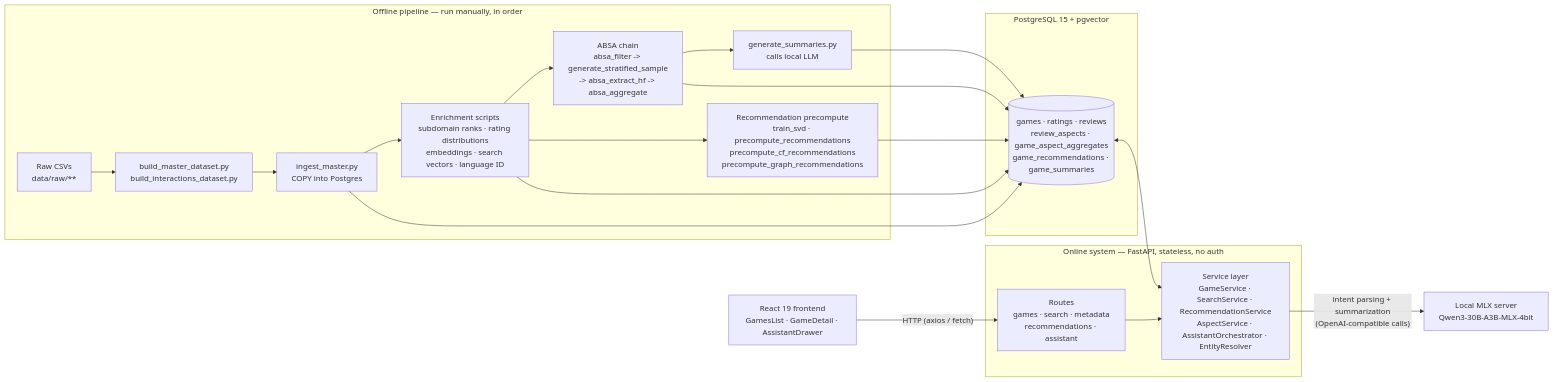
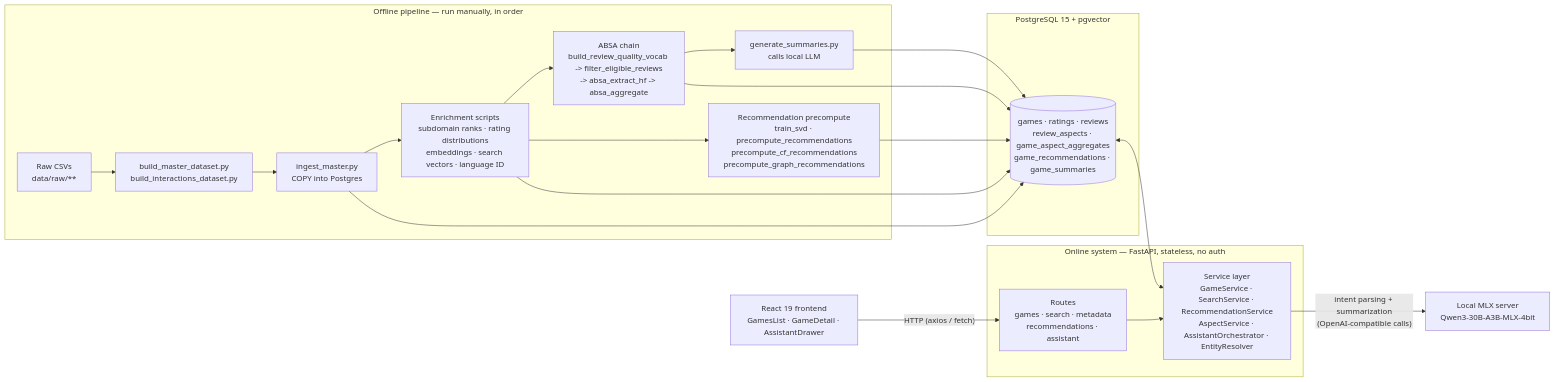
Before and after one commit to sina-negarandeh/ludora: the diagram in docs/architecture/README.md, drawn with Mermaid. The commit also changed 9 other files, not shown here.

First line of the commit message:
docs: update ABSA, catalog filter, and schema docs to match implementation

````diff
--- a/docs/architecture/README.md
+++ b/docs/architecture/README.md
@@ -9,32 +9,32 @@
 ```mermaid
 flowchart LR
     subgraph Offline["Offline pipeline — run manually, in order"]
         RAW["Raw CSVs\ndata/raw/**"] --> MERGE["build_master_dataset.py\nbuild_interactions_dataset.py"]
         MERGE --> INGEST["ingest_master.py\nCOPY into Postgres"]
         INGEST --> ENRICH["Enrichment scripts\nsubdomain ranks · rating distributions\nembeddings · search vectors · language ID"]
-        ENRICH --> ABSA["ABSA chain\nabsa_filter -> generate_stratified_sample\n-> absa_extract_hf -> absa_aggregate"]
+        ENRICH --> ABSA["ABSA chain\nbuild_review_quality_vocab -> filter_eligible_reviews\n-> absa_extract_hf -> absa_aggregate"]
         ENRICH --> RECS["Recommendation precompute\ntrain_svd · precompute_recommendations\nprecompute_cf_recommendations\nprecompute_graph_recommendations"]
         ABSA --> SUMM["generate_summaries.py\ncalls local LLM"]
     end
 
     subgraph DB["PostgreSQL 15 + pgvector"]
         TBLS[("games · ratings · reviews\nreview_aspects · game_aspect_aggregates\ngame_recommendations · game_summaries")]
     end
 
     INGEST --> TBLS
     ENRICH --> TBLS
     ABSA --> TBLS
     RECS --> TBLS
     SUMM --> TBLS
 
     subgraph Online["Online system — FastAPI, stateless, no auth"]
         API["Routes\ngames · search · metadata\nrecommendations · assistant"]
         SVC["Service layer\nGameService · SearchService · RecommendationService\nAspectService · AssistantOrchestrator · EntityResolver"]
         API --> SVC
     end
 
     TBLS <--> SVC
     SVC -- "intent parsing + summarization\n(OpenAI-compatible calls)" --> MLX["Local MLX server\nQwen3-30B-A3B-MLX-4bit"]
 
     FE["React 19 frontend\nGamesList · GameDetail · AssistantDrawer"] -- "HTTP (axios / fetch)" --> API
 ```
````
